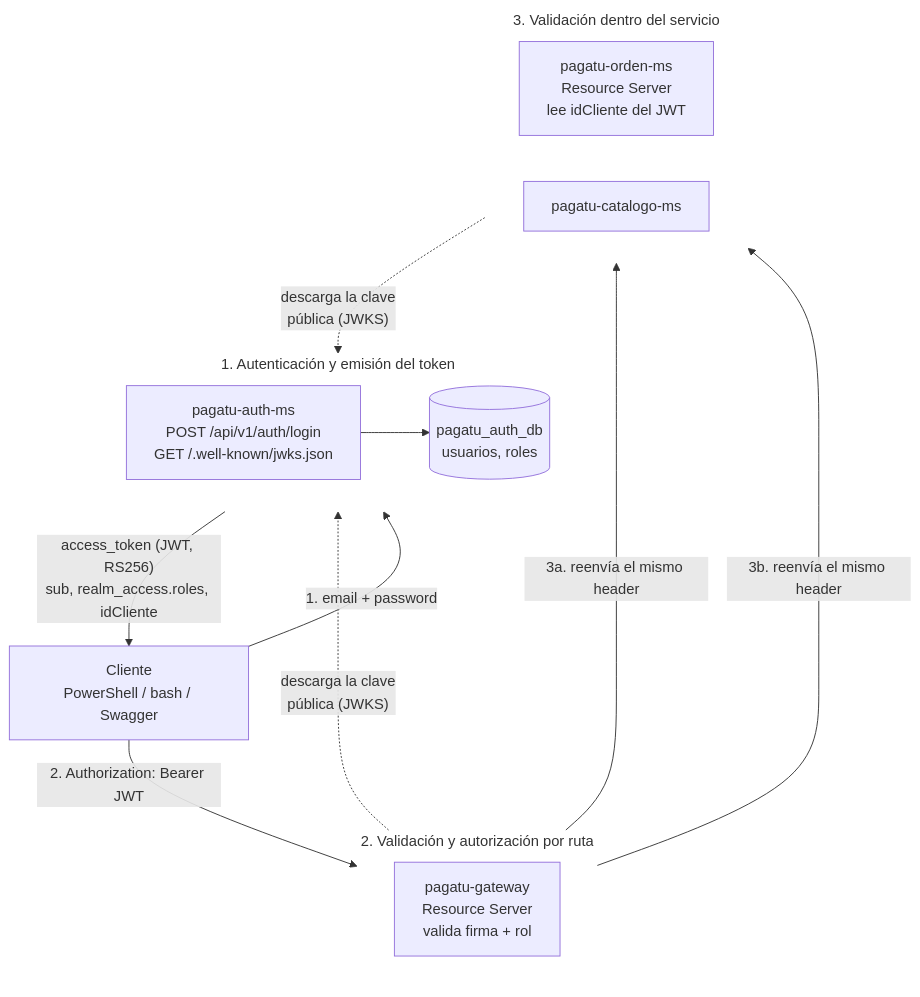
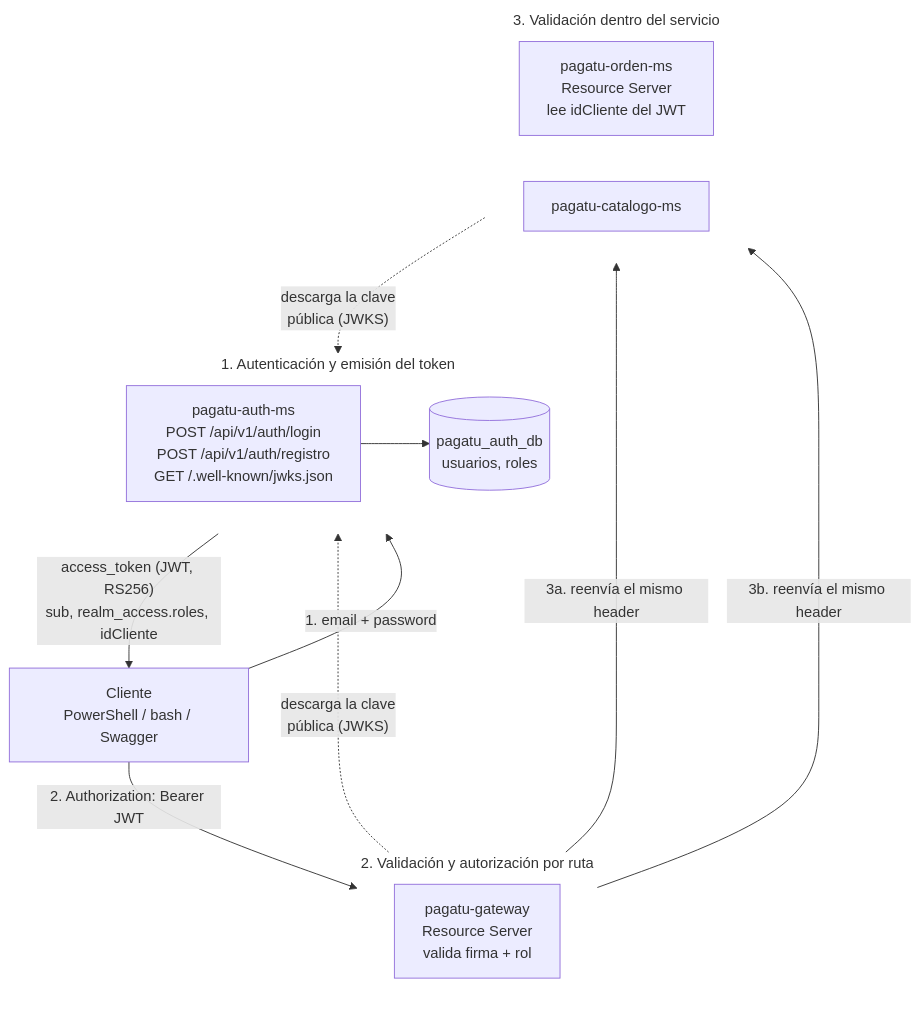
One commit to 262dist/pagatu changed the second of 7 diagrams in docs/sesiones/S07_Seguridad_Distribuida_Control_Acceso.md. Above: the diagram before and after it, drawn with Mermaid. The commit also changed other lines of this file and 12 other files, not shown here.

````diff
--- a/docs/sesiones/S07_Seguridad_Distribuida_Control_Acceso.md
+++ b/docs/sesiones/S07_Seguridad_Distribuida_Control_Acceso.md
@@ -131,34 +131,34 @@
 ```mermaid
 flowchart TB
     Cliente["Cliente<br/>PowerShell / bash / Swagger"]
 
     subgraph Paso1["1. Autenticación y emisión del token"]
         direction LR
-        Auth["pagatu-auth-ms<br/>POST /api/v1/auth/login<br/>GET /.well-known/jwks.json"]
+        Auth["pagatu-auth-ms<br/>POST /api/v1/auth/login<br/>POST /api/v1/auth/registro<br/>GET /.well-known/jwks.json"]
         AuthDB[("pagatu_auth_db<br/>usuarios, roles")]
         Auth --> AuthDB
     end
 
     subgraph Paso2["2. Validación y autorización por ruta"]
         direction LR
         GW["pagatu-gateway<br/>Resource Server<br/>valida firma + rol"]
     end
 
     subgraph Paso3["3. Validación dentro del servicio"]
         direction LR
         Orden["pagatu-orden-ms<br/>Resource Server<br/>lee idCliente del JWT"]
         Catalogo["pagatu-catalogo-ms"]
     end
 
     Cliente -->|"1. email + password"| Auth
     Auth -->|"access_token (JWT, RS256)<br/>sub, realm_access.roles, idCliente"| Cliente
     Cliente -->|"2. Authorization: Bearer JWT"| GW
     GW -->|"3a. reenvía el mismo header"| Orden
     GW -->|"3b. reenvía el mismo header"| Catalogo
     GW -. "descarga la clave<br/>pública (JWKS)" .-> Auth
     Orden -. "descarga la clave<br/>pública (JWKS)" .-> Auth
 
     style Paso1 fill:transparent,stroke:transparent
     style Paso2 fill:transparent,stroke:transparent
     style Paso3 fill:transparent,stroke:transparent
 ```
````
